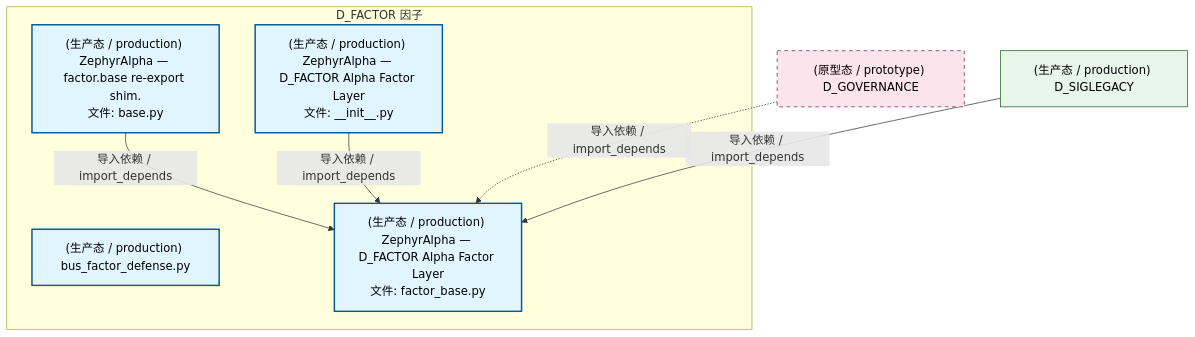
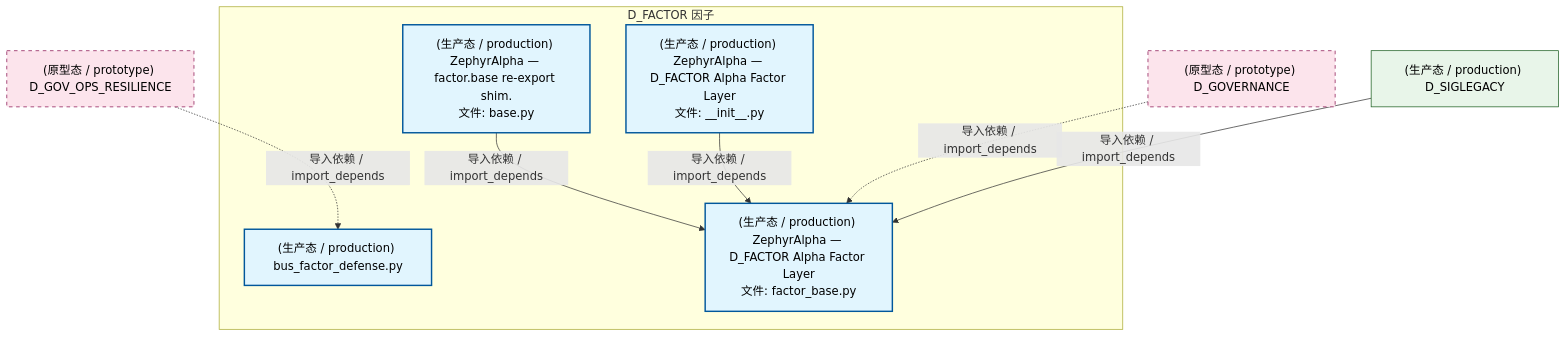
The second of 4 diagrams in docs/02_enterprise_architecture/02_domain_architecture_docs/36_d_factor.md (xuanFelixVan/ZephyrAlpha), drawn with Mermaid before and after one commit. The commit also changed other lines of this file and 126 other files, not shown here.

````diff
--- a/docs/02_enterprise_architecture/02_domain_architecture_docs/36_d_factor.md
+++ b/docs/02_enterprise_architecture/02_domain_architecture_docs/36_d_factor.md
@@ -118,22 +120,24 @@
 ```mermaid
 graph TD
     subgraph D_FACTOR["D_FACTOR 因子"]
         src_zephyr_factor_init_py["(生产态 / production) ZephyrAlpha — D_FACTOR Alpha Factor Layer<br/>文件: __init__.py"]
         src_zephyr_factor_base_py["(生产态 / production) ZephyrAlpha — factor.base re-export shim.<br/>文件: base.py"]
         src_zephyr_factor_bus_factor_defense_py["(生产态 / production) bus_factor_defense.py"]
         src_zephyr_factor_factor_base_py["(生产态 / production) ZephyrAlpha — D_FACTOR Alpha Factor Layer<br/>文件: factor_base.py"]
     end
     src_zephyr_factor_base_py -->|导入依赖 / import_depends| src_zephyr_factor_factor_base_py
     src_zephyr_factor_init_py -->|导入依赖 / import_depends| src_zephyr_factor_factor_base_py
+    D_GOV_OPS_RESILIENCE["(原型态 / prototype) D_GOV_OPS_RESILIENCE"]
+    D_GOV_OPS_RESILIENCE -.->|导入依赖 / import_depends| src_zephyr_factor_bus_factor_defense_py
     D_GOVERNANCE["(原型态 / prototype) D_GOVERNANCE"]
     D_GOVERNANCE -.->|导入依赖 / import_depends| src_zephyr_factor_factor_base_py
     D_SIGLEGACY["(生产态 / production) D_SIGLEGACY"]
     D_SIGLEGACY -->|导入依赖 / import_depends| src_zephyr_factor_factor_base_py
     classDef production fill:#e1f5fe,stroke:#01579b,stroke-width:2px,color:#000
     classDef design fill:#fff3e0,stroke:#e65100,stroke-width:2px,color:#000,stroke-dasharray: 5 5
     classDef external_prod fill:#e8f5e9,stroke:#1b5e20,stroke-width:1px,color:#000
     classDef external_design fill:#fce4ec,stroke:#880e4f,stroke-width:1px,color:#000,stroke-dasharray: 5 5
     class src_zephyr_factor_init_py,src_zephyr_factor_base_py,src_zephyr_factor_bus_factor_defense_py,src_zephyr_factor_factor_base_py production
     class D_SIGLEGACY external_prod
-    class D_GOVERNANCE external_design
+    class D_GOV_OPS_RESILIENCE,D_GOVERNANCE external_design
 ```
````
